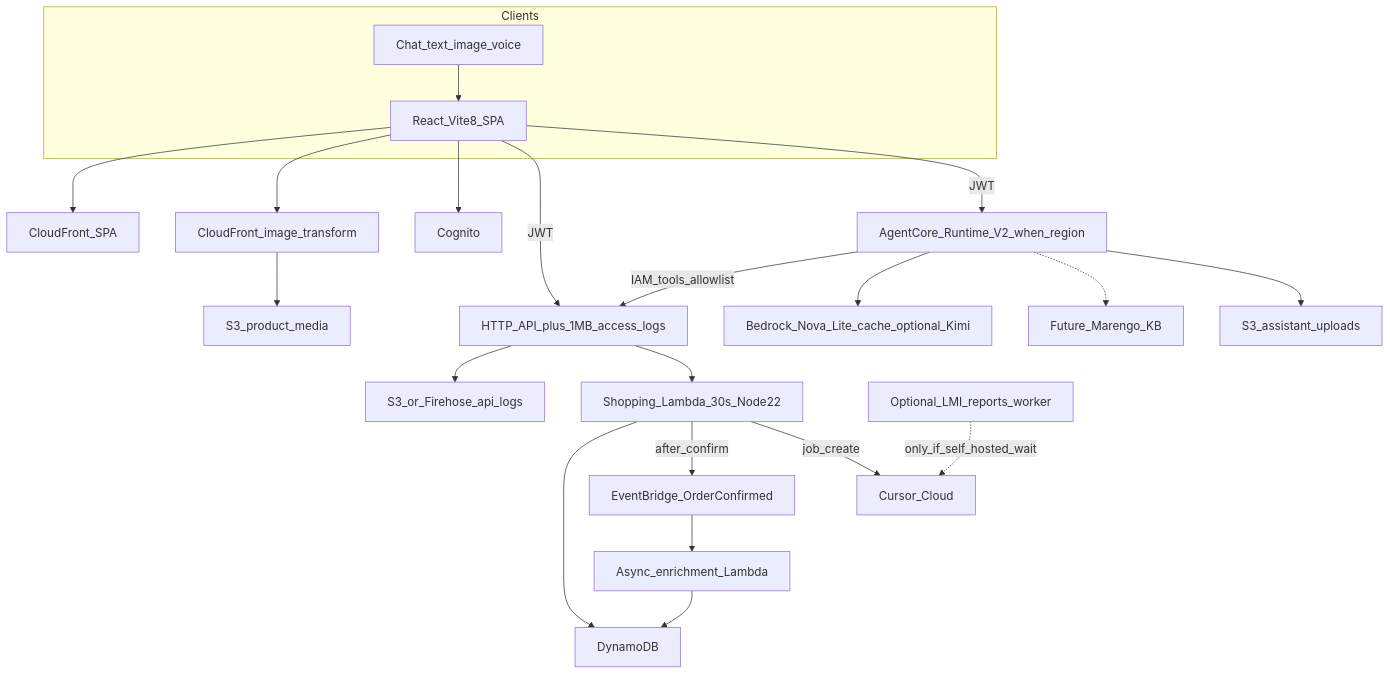
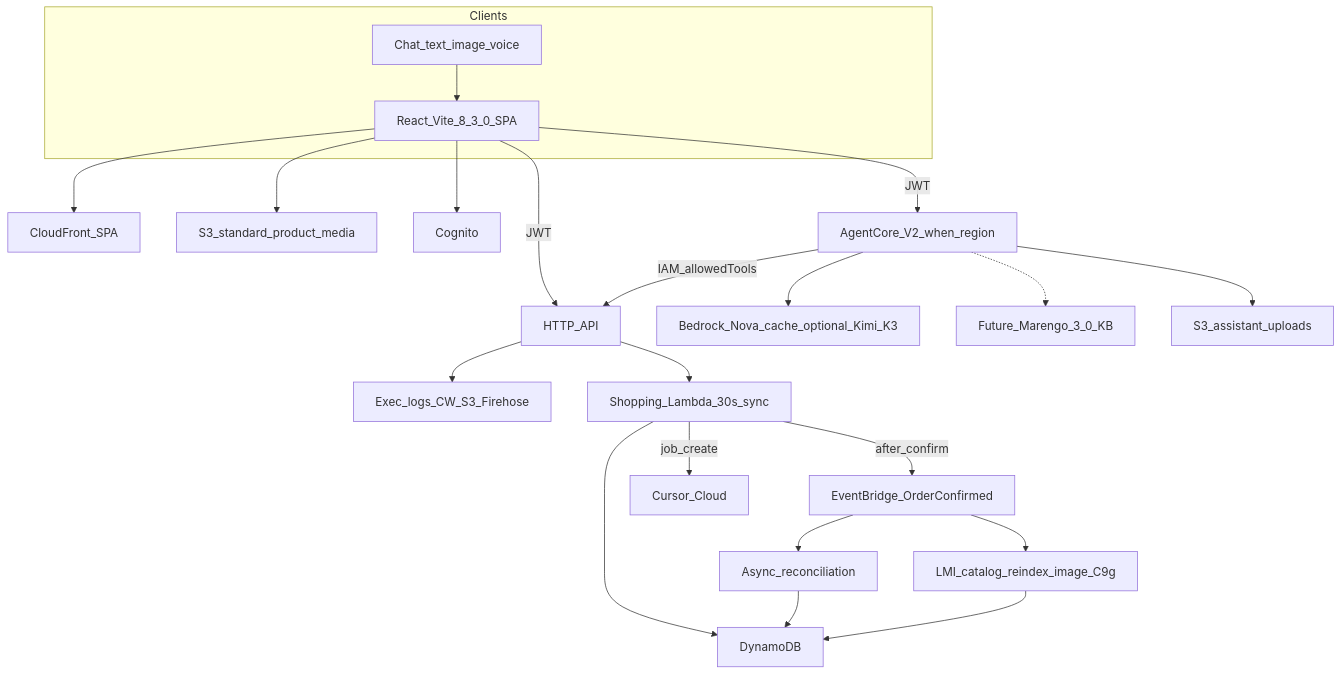
The second of 2 diagrams in docs/2026-09-23-innovative-features-and-architecture.md (jaganathan-vinod/smartshop), drawn with Mermaid before and after one commit. The commit also changed other lines of this file, not shown here.

Commit message:
docs: align 2026-09-23 architecture brief with scout digests

````diff
--- a/docs/2026-09-23-innovative-features-and-architecture.md
+++ b/docs/2026-09-23-innovative-features-and-architecture.md
@@ -408,42 +438,43 @@
 ```mermaid
 flowchart TB
   subgraph clients [Clients]
-    SPA[React_Vite8_SPA]
+    SPA[React_Vite_8_3_0_SPA]
     Chat[Chat_text_image_voice]
   end
 
   CF[CloudFront_SPA]
-  IMG[CloudFront_image_transform]
-  MEDIA[S3_product_media]
+  MEDIA[S3_standard_product_media]
   COG[Cognito]
-  APIGW[HTTP_API_plus_1MB_access_logs]
-  LOGS[S3_or_Firehose_api_logs]
-  LMB[Shopping_Lambda_30s_Node22]
+  APIGW[HTTP_API]
+  LOGS[Exec_logs_CW_S3_Firehose]
+  LMB[Shopping_Lambda_30s_sync]
   EB[EventBridge_OrderConfirmed]
-  ENR[Async_enrichment_Lambda]
+  ENR[Async_reconciliation]
+  IDX[LMI_catalog_reindex_image_C9g]
   DDB[DynamoDB]
-  RT[AgentCore_Runtime_V2_when_region]
-  BR[Bedrock_Nova_Lite_cache_optional_Kimi]
-  KB[Future_Marengo_KB]
+  RT[AgentCore_V2_when_region]
+  BR[Bedrock_Nova_cache_optional_Kimi_K3]
+  KB[Future_Marengo_3_0_KB]
   UP[S3_assistant_uploads]
   CUR[Cursor_Cloud]
-  WRK[Optional_LMI_reports_worker]
 
   SPA --> CF
-  SPA --> IMG --> MEDIA
+  SPA --> MEDIA
   Chat --> SPA
   SPA --> COG
   SPA -->|JWT| APIGW
   SPA -->|JWT| RT
   APIGW --> LOGS
   APIGW --> LMB
   LMB --> DDB
-  LMB -->|after_confirm| EB --> ENR
+  LMB -->|after_confirm| EB
+  EB --> ENR
+  EB --> IDX
   ENR --> DDB
-  RT -->|IAM_tools_allowlist| APIGW
+  IDX --> DDB
+  RT -->|IAM_allowedTools| APIGW
   RT --> BR
   RT -.-> KB
   RT --> UP
   LMB -->|job_create| CUR
-  WRK -.->|only_if_self_hosted_wait| CUR
 ```
````
